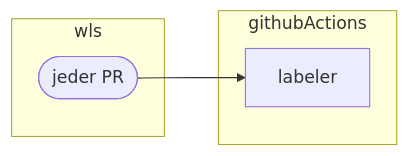
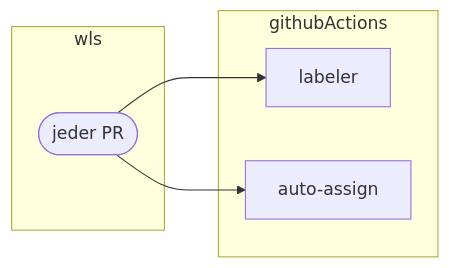
One commit to it-at-m/Wahllokalsystem changed the second of 12 diagrams in docs/src/technik/ecosystem/workflowsAndArtifacts/relations.md. Above: the diagram before and after it, drawn with Mermaid.

Commit message:
auto-assign hinzugefügt

````diff
--- a/docs/src/technik/ecosystem/workflowsAndArtifacts/relations.md
+++ b/docs/src/technik/ecosystem/workflowsAndArtifacts/relations.md
@@ -20,11 +20,13 @@
 ```mermaid
 flowchart LR
     subgraph wls
         anyPR([jeder PR])
     end
 
-    subgraph githubActions 
+    subgraph githubActions
        labeler 
+       auto-assign
     end
     anyPR --> labeler
+    anyPR --> auto-assign
 ```
````
